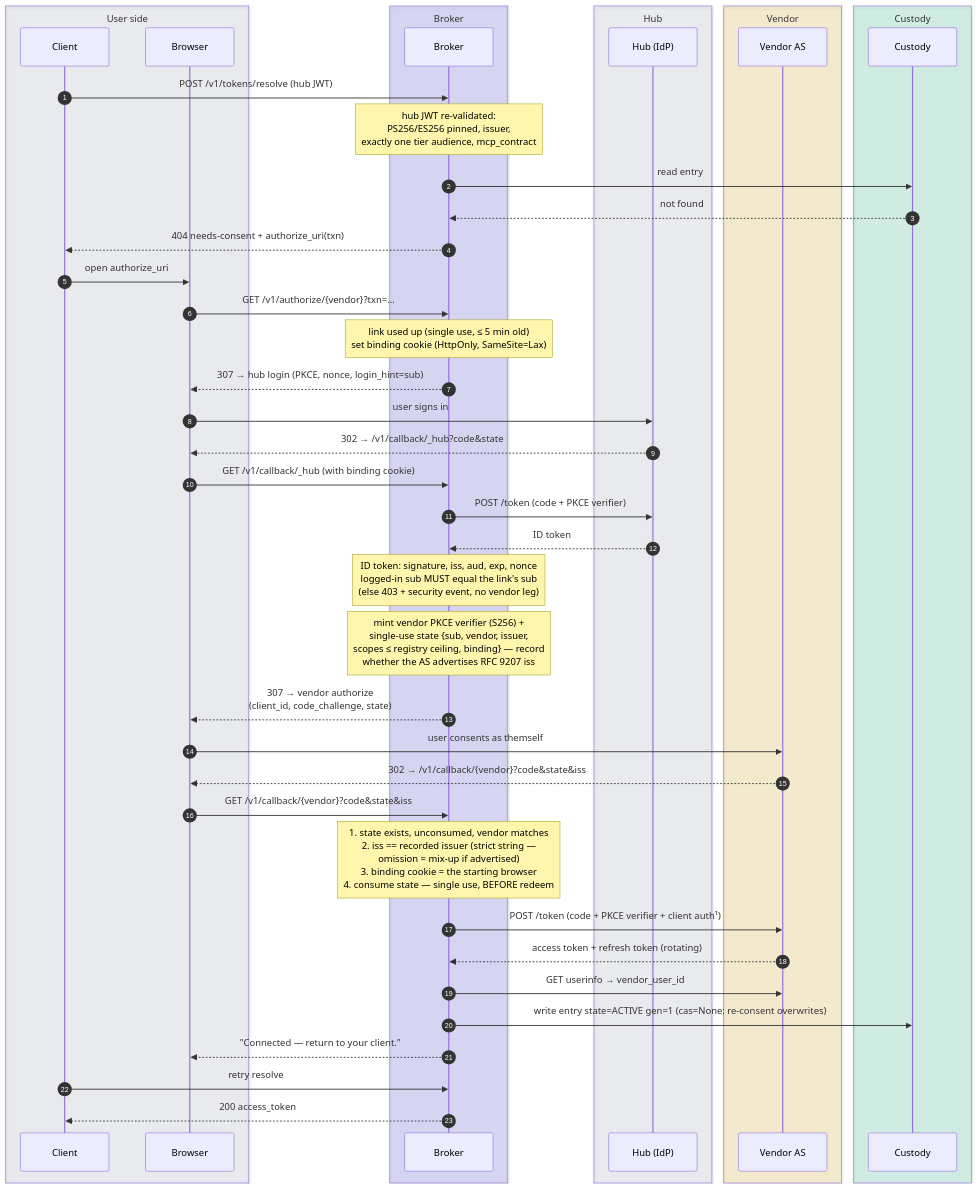
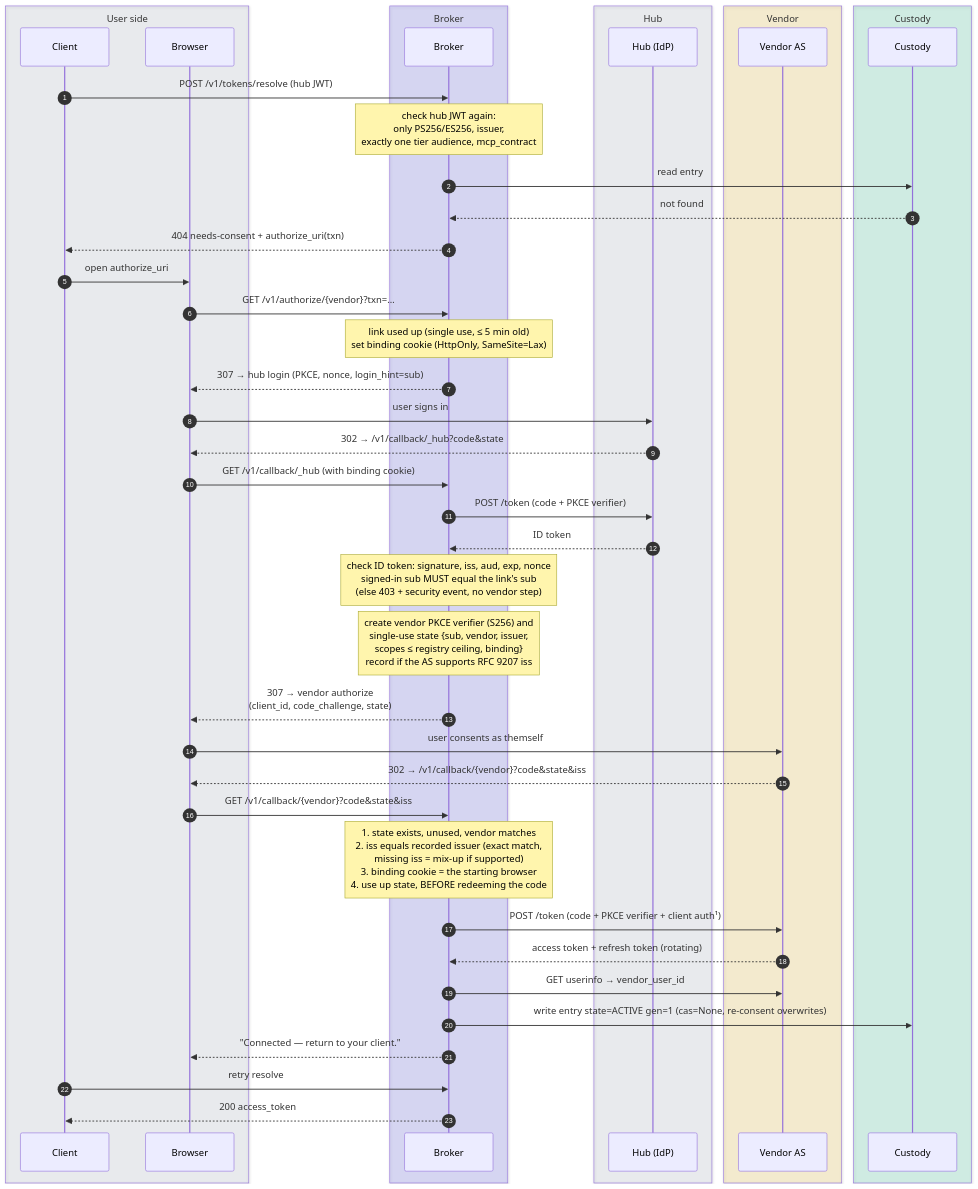
One commit to chief-builder/vendor-token-broker changed the second of 10 diagrams in docs/token-lifecycle.md. Above: the diagram before and after it, drawn with Mermaid. The commit also changed other lines of this file and 14 other files, not shown here.

````diff
--- a/docs/token-lifecycle.md
+++ b/docs/token-lifecycle.md
@@ -61,49 +73,49 @@
 ```mermaid
 sequenceDiagram
     autonumber
     box rgba(148,163,184,0.14) User side
         participant C as Client
         participant UA as Browser
     end
     box rgba(99,102,241,0.20) Broker
         participant B as Broker
     end
     box rgba(148,163,184,0.14) Hub
         participant H as Hub (IdP)
     end
     box rgba(234,179,8,0.16) Vendor
         participant V as Vendor AS
     end
     box rgba(16,185,129,0.16) Custody
         participant K as Custody
     end
 
     C->>B: POST /v1/tokens/resolve (hub JWT)
-    Note over B: hub JWT re-validated:<br/>PS256/ES256 pinned, issuer,<br/>exactly one tier audience, mcp_contract
+    Note over B: check hub JWT again:<br/>only PS256/ES256, issuer,<br/>exactly one tier audience, mcp_contract
     B->>K: read entry
     K-->>B: not found
     B-->>C: 404 needs-consent + authorize_uri(txn)
     C->>UA: open authorize_uri
     UA->>B: GET /v1/authorize/{vendor}?txn=…
     Note over B: link used up (single use, ≤ 5 min old)<br/>set binding cookie (HttpOnly, SameSite=Lax)
     B-->>UA: 307 → hub login (PKCE, nonce, login_hint=sub)
     UA->>H: user signs in
     H-->>UA: 302 → /v1/callback/_hub?code&state
     UA->>B: GET /v1/callback/_hub (with binding cookie)
     B->>H: POST /token (code + PKCE verifier)
     H-->>B: ID token
-    Note over B: ID token: signature, iss, aud, exp, nonce<br/>logged-in sub MUST equal the link's sub<br/>(else 403 + security event, no vendor leg)
-    Note over B: mint vendor PKCE verifier (S256) +<br/>single-use state {sub, vendor, issuer,<br/>scopes ≤ registry ceiling, binding} — record<br/>whether the AS advertises RFC 9207 iss
+    Note over B: check ID token: signature, iss, aud, exp, nonce<br/>signed-in sub MUST equal the link's sub<br/>(else 403 + security event, no vendor step)
+    Note over B: create vendor PKCE verifier (S256) and<br/>single-use state {sub, vendor, issuer,<br/>scopes ≤ registry ceiling, binding}<br/>record if the AS supports RFC 9207 iss
     B-->>UA: 307 → vendor authorize<br/>(client_id, code_challenge, state)
     UA->>V: user consents as themself
     V-->>UA: 302 → /v1/callback/{vendor}?code&state&iss
     UA->>B: GET /v1/callback/{vendor}?code&state&iss
-    Note over B: 1. state exists, unconsumed, vendor matches<br/>2. iss == recorded issuer (strict string —<br/>   omission = mix-up if advertised)<br/>3. binding cookie = the starting browser<br/>4. consume state — single use, BEFORE redeem
+    Note over B: 1. state exists, unused, vendor matches<br/>2. iss equals recorded issuer (exact match,<br/>   missing iss = mix-up if supported)<br/>3. binding cookie = the starting browser<br/>4. use up state, BEFORE redeeming the code
     B->>V: POST /token (code + PKCE verifier + client auth¹)
     V-->>B: access token + refresh token (rotating)
     B->>V: GET userinfo → vendor_user_id
-    B->>K: write entry state=ACTIVE gen=1 (cas=None: re-consent overwrites)
+    B->>K: write entry state=ACTIVE gen=1 (cas=None, re-consent overwrites)
     B-->>UA: "Connected — return to your client."
     C->>B: retry resolve
     B-->>C: 200 access_token
 ```
````
